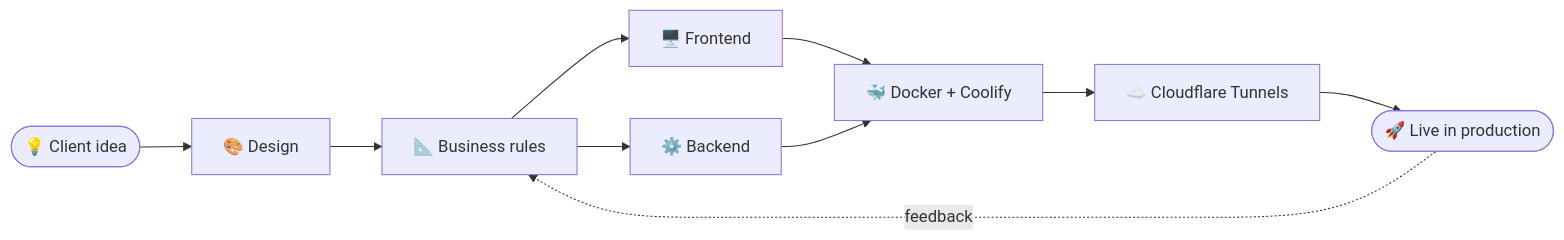
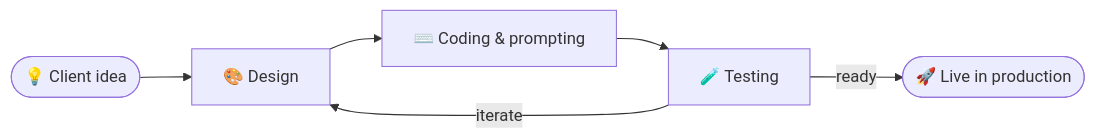
The diagram in README.md (bryanmq-dev/bryanmq-dev), drawn with Mermaid before and after one commit. The commit also changed other lines of this file, not shown here.

Commit message:
Simplify delivery cycle diagram and trim community section

````diff
--- a/README.md
+++ b/README.md
@@ -37,12 +37,8 @@
 ```mermaid
 flowchart LR
     A([💡 Client idea]) --> B[🎨 Design]
-    B --> C[📐 Business rules]
-    C --> D[🖥️ Frontend]
-    C --> E[⚙️ Backend]
-    D --> F[🐳 Docker + Coolify]
-    E --> F
-    F --> G[☁️ Cloudflare Tunnels]
-    G --> H([🚀 Live in production])
-    H -. feedback .-> C
+    B --> C[⌨️ Coding & prompting]
+    C --> D[🧪 Testing]
+    D -- iterate --> B
+    D -- ready --> E([🚀 Live in production])
 ```
````
